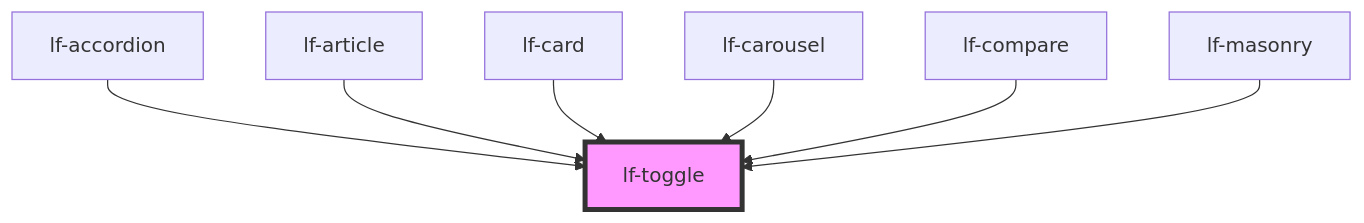
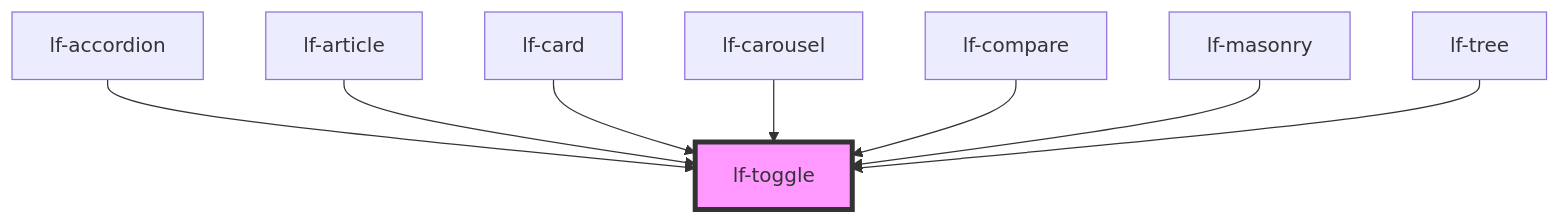
One commit to lucafoscili/lf-widgets changed the diagram in packages/core/src/components/lf-toggle/readme.md. Above: the diagram before and after it, drawn with Mermaid. The commit also changed other lines of this file and 17 other files, not shown here.

````diff
--- a/packages/core/src/components/lf-toggle/readme.md
+++ b/packages/core/src/components/lf-toggle/readme.md
@@ -145,10 +146,11 @@
 ```mermaid
 graph TD;
   lf-accordion --> lf-toggle
   lf-article --> lf-toggle
   lf-card --> lf-toggle
   lf-carousel --> lf-toggle
   lf-compare --> lf-toggle
   lf-masonry --> lf-toggle
+  lf-tree --> lf-toggle
   style lf-toggle fill:#f9f,stroke:#333,stroke-width:4px
 ```
````
